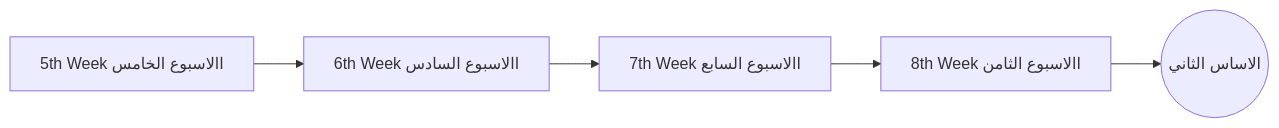
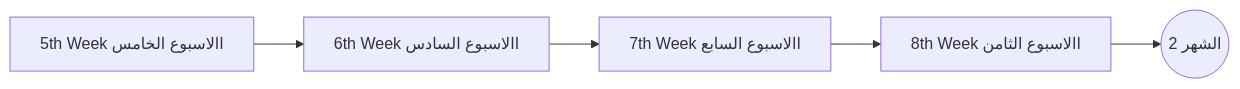
One commit to metigator/Roadmap changed the sixth of 12 diagrams in README.md. Above: the diagram before and after it, drawn with Mermaid. The commit also changed other lines of this file, not shown here.

````diff
--- a/README.md
+++ b/README.md
@@ -238,7 +238,7 @@
 ```mermaid
 graph LR
     A[5th Week االاسبوع الخامس]--> B((Square Rect))
     B[6th Week االاسبوع السادس]--> C((Square Rect))
     C[7th Week االاسبوع السابع]--> D((Square Rect))
-    D[8th Week االاسبوع الثامن]--> E((الاساس الثاني))
+    D[8th Week االاسبوع الثامن]--> E((الشهر 2))
 ```
````
